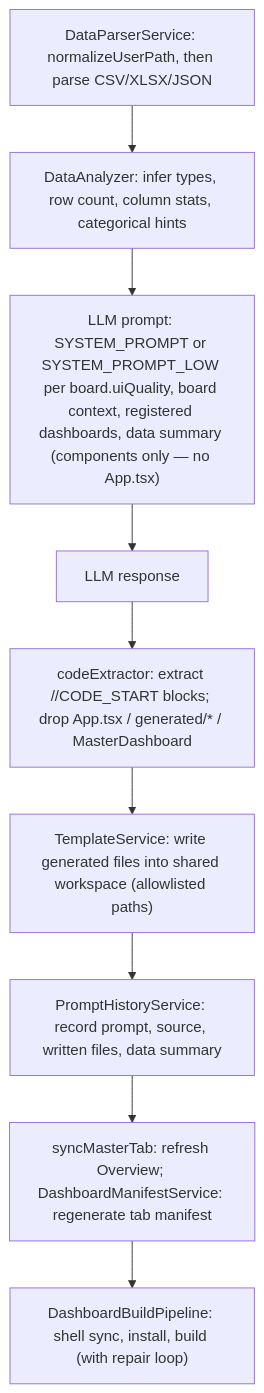
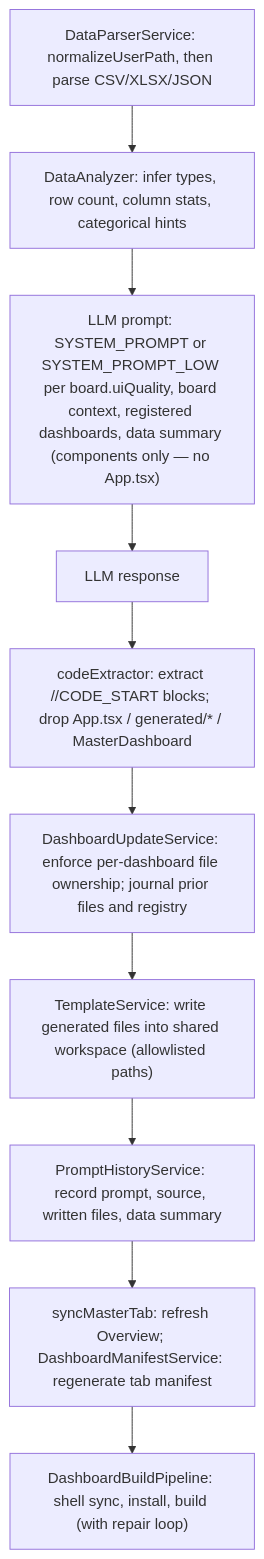
The sixth of 8 diagrams in arch.md (syedateebulislam/openboard), drawn with Mermaid before and after one commit. The commit also changed other lines of this file and 7 other files, not shown here.

````diff
--- a/arch.md
+++ b/arch.md
@@ -457,11 +457,12 @@
 ```mermaid
 flowchart TD
     A["DataParserService: normalizeUserPath, then parse CSV/XLSX/JSON"] --> B["DataAnalyzer: infer types, row count, column stats, categorical hints"]
     B --> C["LLM prompt: SYSTEM_PROMPT or SYSTEM_PROMPT_LOW per board.uiQuality, board context, registered dashboards, data summary (components only — no App.tsx)"]
     C --> D[LLM response]
     D --> E["codeExtractor: extract //CODE_START blocks; drop App.tsx / generated/* / MasterDashboard"]
-    E --> F["TemplateService: write generated files into shared workspace (allowlisted paths)"]
-    F --> G["PromptHistoryService: record prompt, source, written files, data summary"]
+    E --> F["DashboardUpdateService: enforce per-dashboard file ownership; journal prior files and registry"]
+    F --> F2["TemplateService: write generated files into shared workspace (allowlisted paths)"]
+    F2 --> G["PromptHistoryService: record prompt, source, written files, data summary"]
     G --> H["syncMasterTab: refresh Overview; DashboardManifestService: regenerate tab manifest"]
     H --> I["DashboardBuildPipeline: shell sync, install, build (with repair loop)"]
 ```
````
